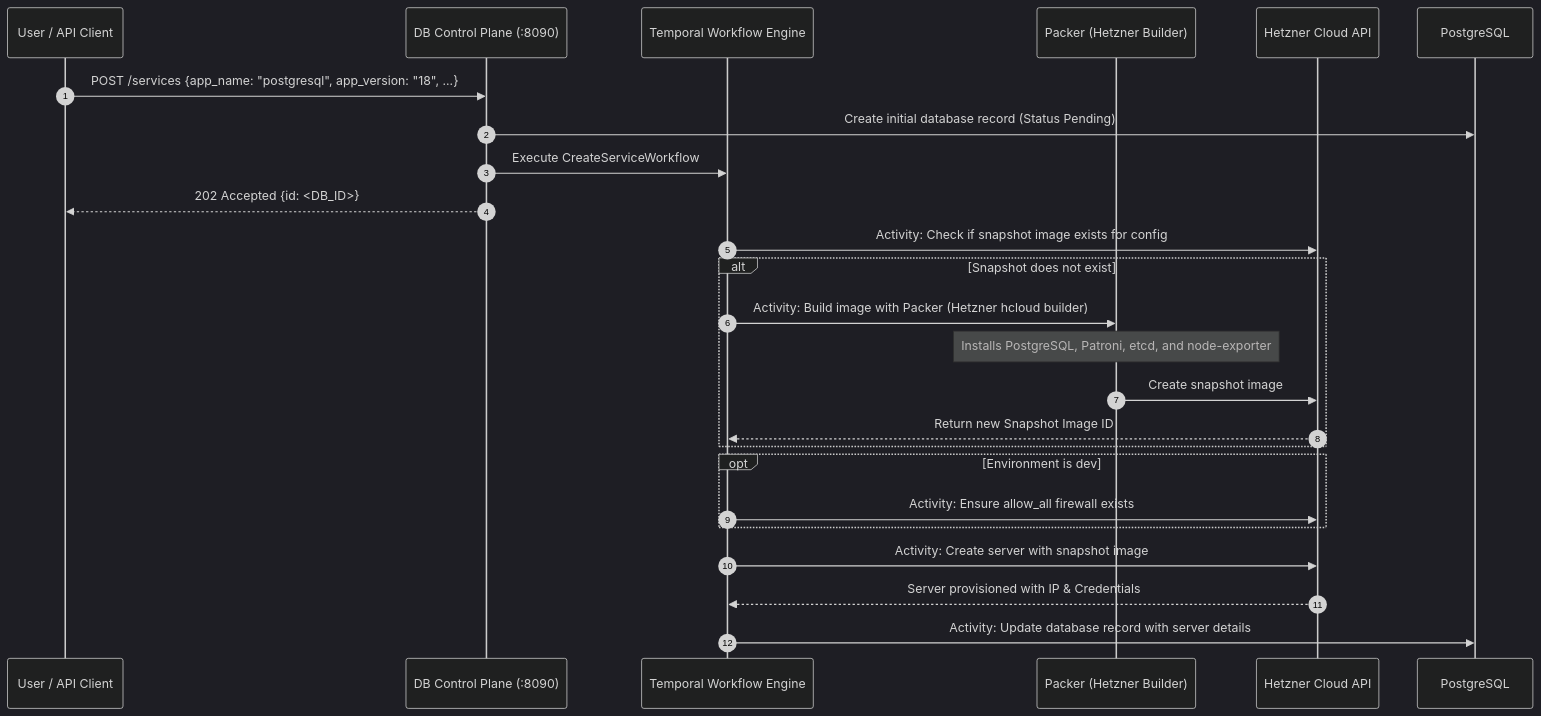
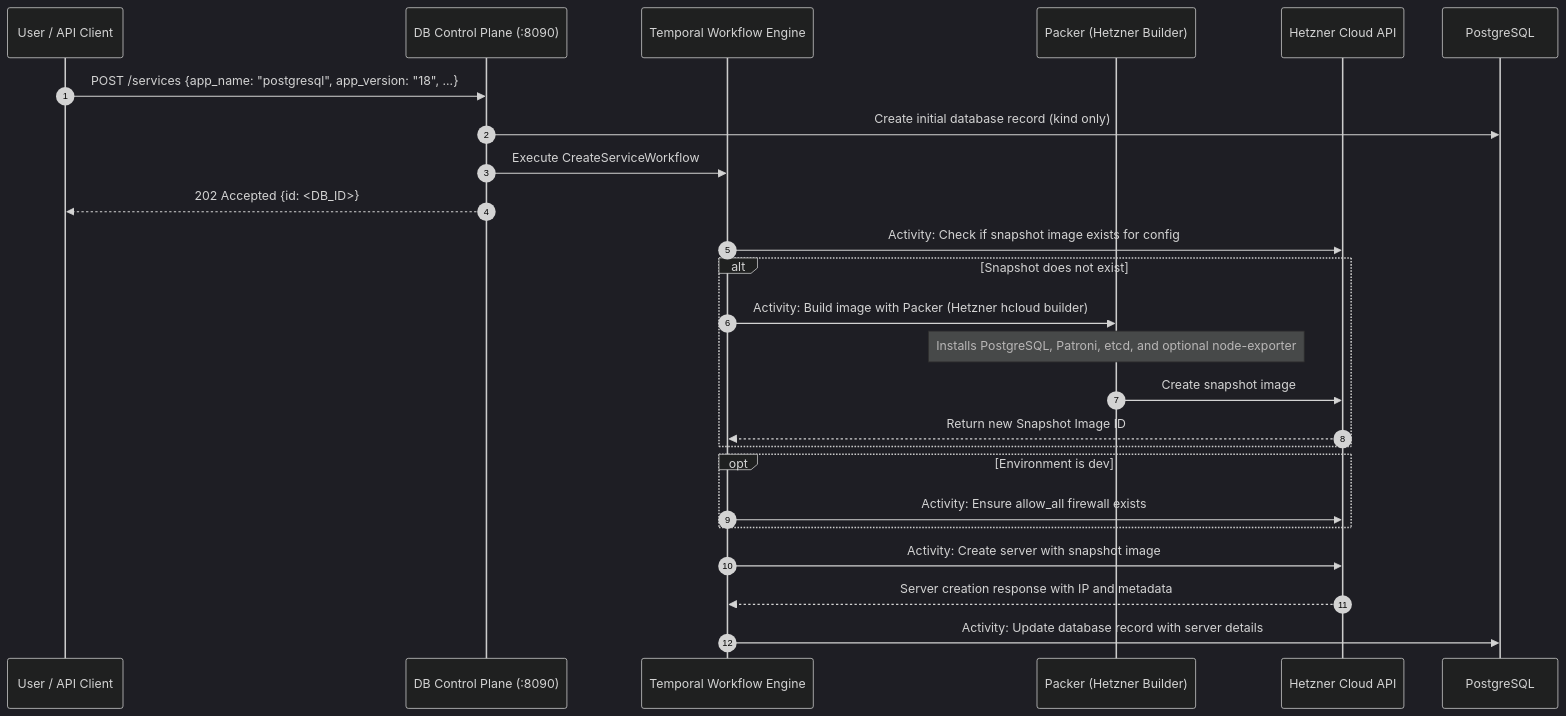
One commit to ahmedhesham301/autoscaling-hetzner changed the third of 3 diagrams in README.md. Above: the diagram before and after it, drawn with Mermaid (dark theme). The commit also changed other lines of this file, not shown here.

````diff
--- a/README.md
+++ b/README.md
@@ -175,31 +175,31 @@
 ```mermaid
 sequenceDiagram
     autonumber
     participant Client as User / API Client
     participant DBCP as DB Control Plane (:8090)
     participant Temporal as Temporal Workflow Engine
     participant Packer as Packer (Hetzner Builder)
     participant Hetzner as Hetzner Cloud API
     participant DB as PostgreSQL
 
     Client->>DBCP: POST /services {app_name: "postgresql", app_version: "18", ...}
-    DBCP->>DB: Create initial database record (Status Pending)
+    DBCP->>DB: Create initial database record (kind only)
     DBCP->>Temporal: Execute CreateServiceWorkflow
     DBCP-->>Client: 202 Accepted {id: <DB_ID>}
 
     Temporal->>Hetzner: Activity: Check if snapshot image exists for config
     alt Snapshot does not exist
         Temporal->>Packer: Activity: Build image with Packer (Hetzner hcloud builder)
-        Note over Packer: Installs PostgreSQL, Patroni, etcd, and node-exporter
+        Note over Packer: Installs PostgreSQL, Patroni, etcd, and optional node-exporter
         Packer->>Hetzner: Create snapshot image
         Hetzner-->>Temporal: Return new Snapshot Image ID
     end
 
     opt Environment is dev
         Temporal->>Hetzner: Activity: Ensure allow_all firewall exists
     end
 
     Temporal->>Hetzner: Activity: Create server with snapshot image
-    Hetzner-->>Temporal: Server provisioned with IP & Credentials
+    Hetzner-->>Temporal: Server creation response with IP and metadata
     Temporal->>DB: Activity: Update database record with server details
 ```
````
